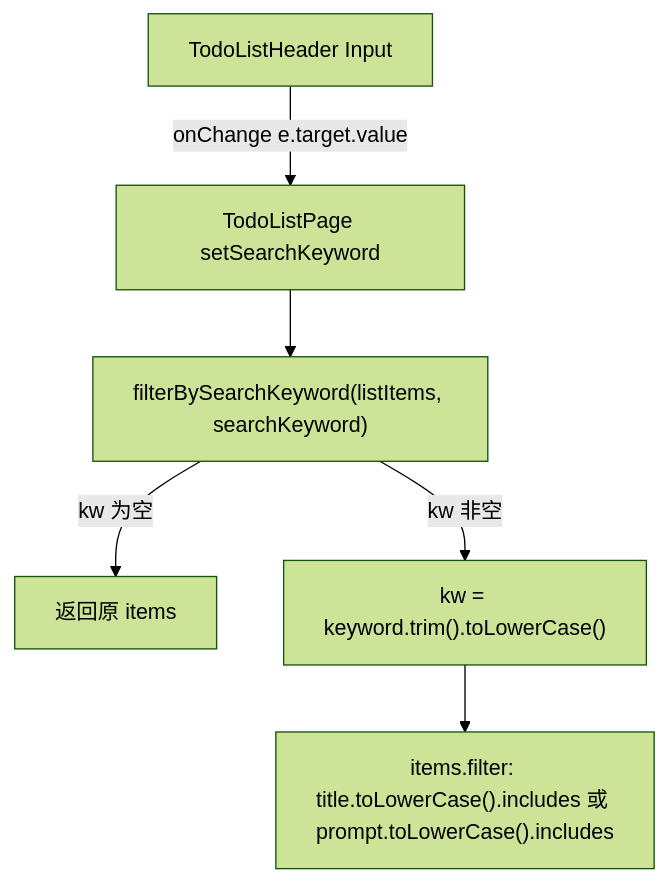
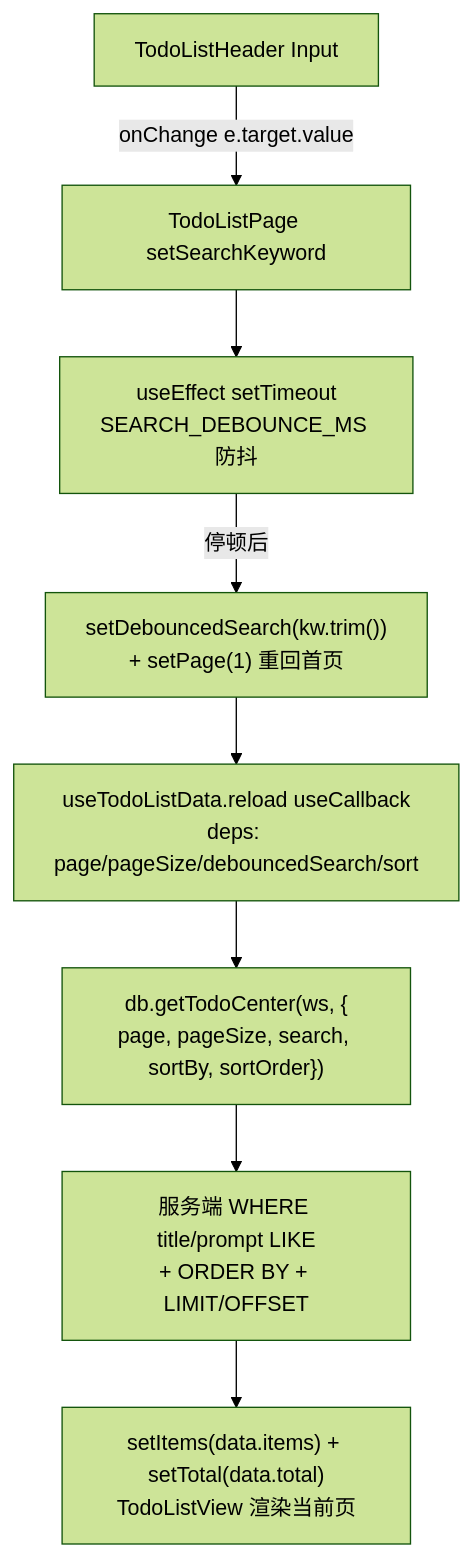
One commit to weibaohui/ntd changed the second of 4 diagrams in frontend/src/help/pages/todo-list-search.md. Above: the diagram before and after it, drawn with Mermaid (forest theme). The commit also changed other lines of this file and 12 other files, not shown here.

````diff
--- a/frontend/src/help/pages/todo-list-search.md
+++ b/frontend/src/help/pages/todo-list-search.md
@@ -22,8 +22,10 @@
 ```mermaid
 flowchart TD
   Input["TodoListHeader Input"] -->|"onChange e.target.value"| setSearchKeyword["TodoListPage setSearchKeyword"]
-  setSearchKeyword --> filter["filterBySearchKeyword(listItems, searchKeyword)"]
-  filter -->|"kw 为空"| all["返回原 items"]
-  filter -->|"kw 非空"| lower["kw = keyword.trim().toLowerCase()"]
-  lower --> iter["items.filter: title.toLowerCase().includes 或 prompt.toLowerCase().includes"]
+  setSearchKeyword --> debounce["useEffect setTimeout<br/>SEARCH_DEBOUNCE_MS 防抖"]
+  debounce -->|"停顿后"| settled["setDebouncedSearch(kw.trim())<br/>+ setPage(1) 重回首页"]
+  settled --> reload["useTodoListData.reload useCallback<br/>deps: page/pageSize/debouncedSearch/sort"]
+  reload --> api["db.getTodoCenter(ws, {<br/>page, pageSize, search, sortBy, sortOrder})"]
+  api --> server["服务端 WHERE title/prompt LIKE<br/>+ ORDER BY + LIMIT/OFFSET"]
+  server --> render["setItems(data.items) + setTotal(data.total)<br/>TodoListView 渲染当前页"]
 ```
````
